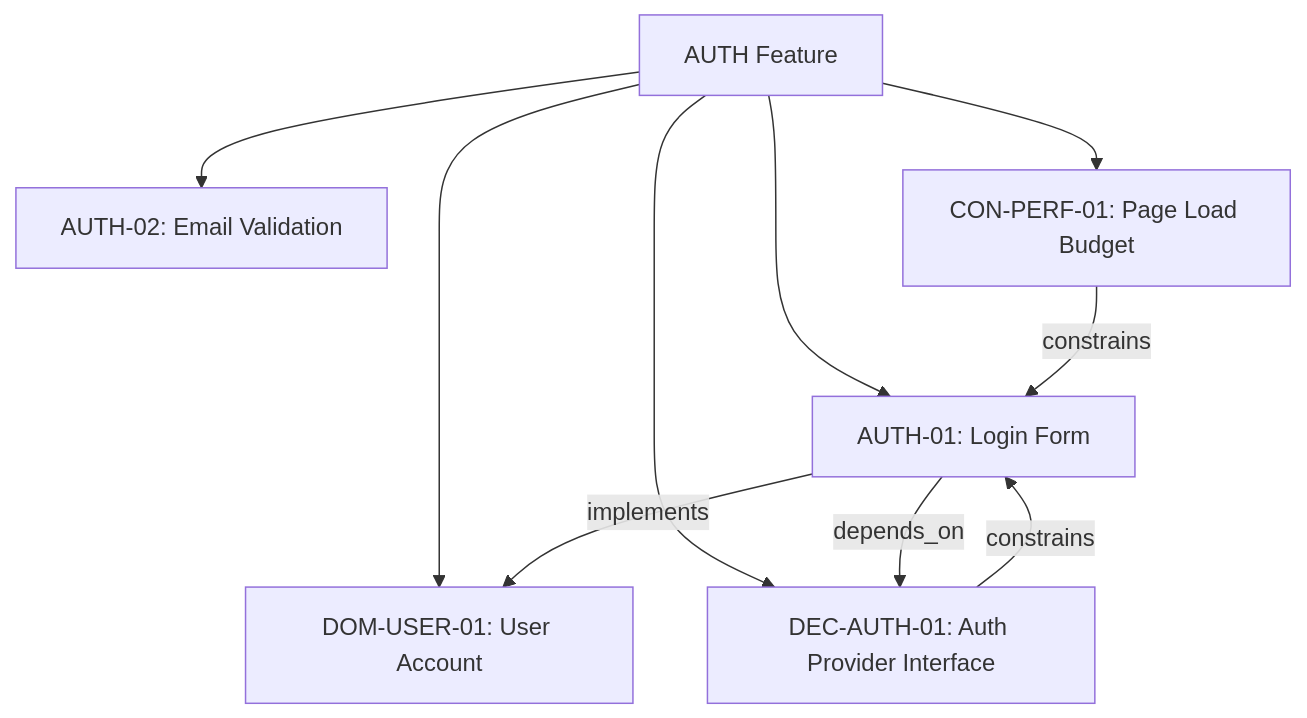
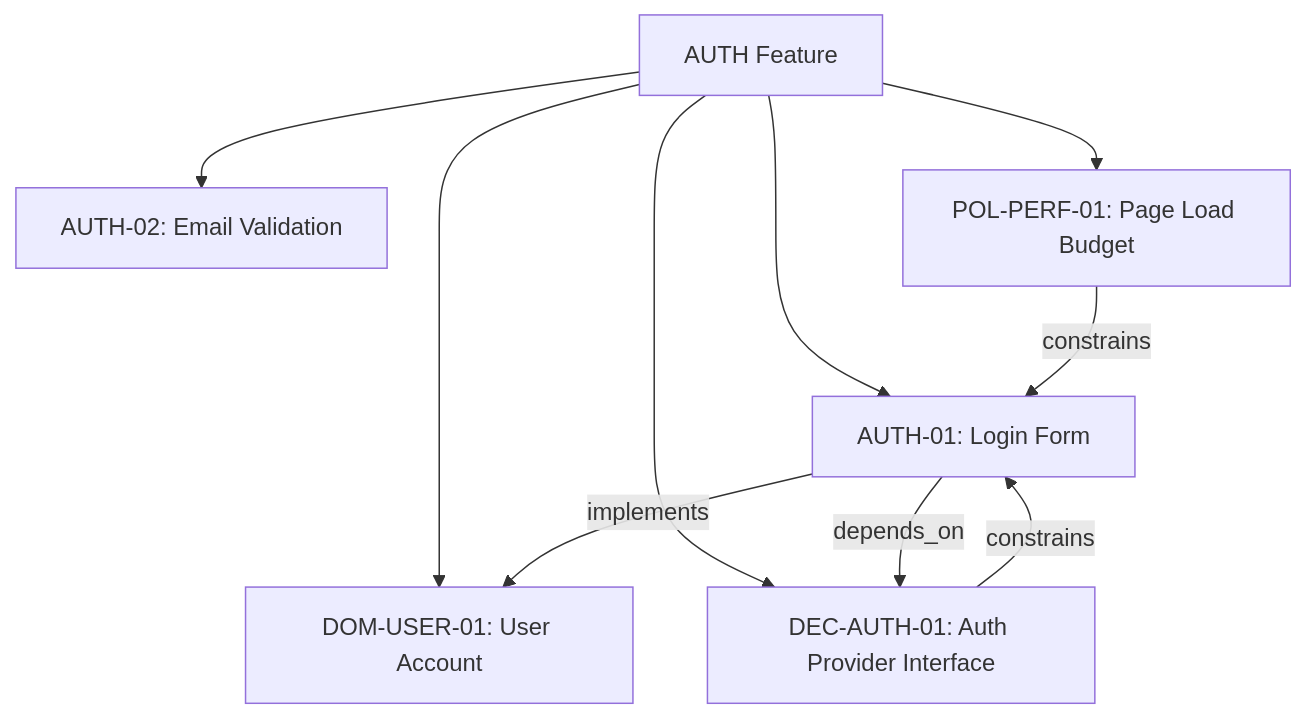
Before and after one commit to oco-adam/specgraph: the diagram in website/docs/introduction/index.md, drawn with Mermaid. The commit also changed 48 other files, not shown here.

````diff
--- a/website/docs/introduction/index.md
+++ b/website/docs/introduction/index.md
@@ -19,13 +19,13 @@
 ```mermaid
 graph TD
     F[AUTH Feature] --> B1[AUTH-01: Login Form]
     F --> B2[AUTH-02: Email Validation]
     F --> D1[DEC-AUTH-01: Auth Provider Interface]
     F --> DOM1[DOM-USER-01: User Account]
-    F --> C1[CON-PERF-01: Page Load Budget]
+    F --> P1[POL-PERF-01: Page Load Budget]
 
     B1 -->|implements| DOM1
     B1 -->|depends_on| D1
     D1 -->|constrains| B1
-    C1 -->|constrains| B1
+    P1 -->|constrains| B1
 ```
````
